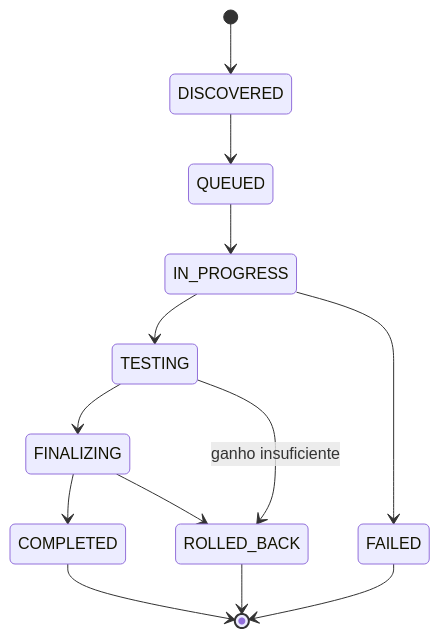
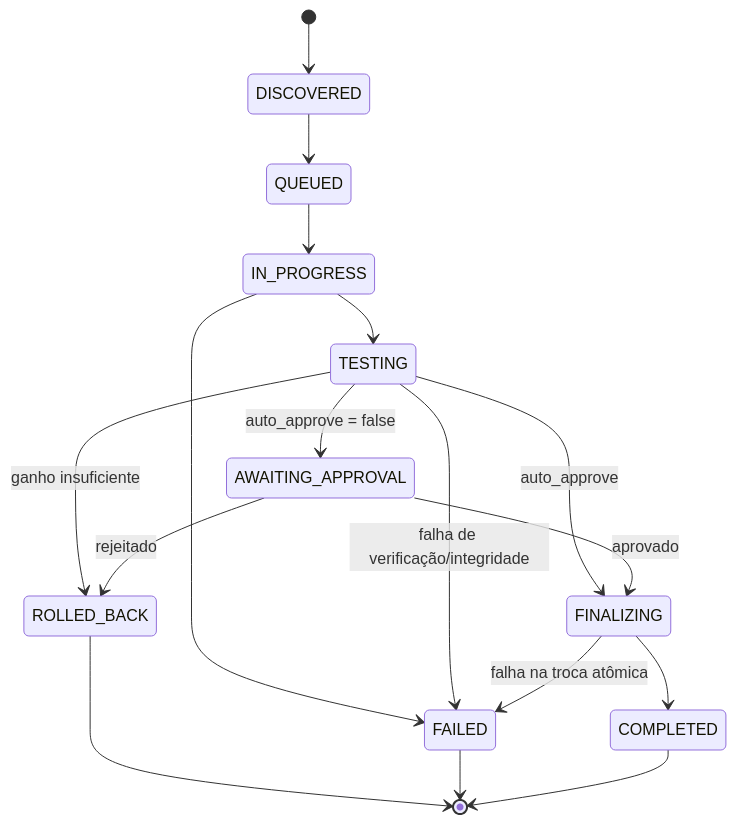
One commit to FM0Ura/CodecAny changed the diagram in README.md. Above: the diagram before and after it, drawn with Mermaid. The commit also changed other lines of this file and 1 other file, not shown here.

````diff
--- a/README.md
+++ b/README.md
@@ -125,15 +208,19 @@
 ```mermaid
 stateDiagram-v2
     [*] --> DISCOVERED
     DISCOVERED --> QUEUED
     QUEUED --> IN_PROGRESS
     IN_PROGRESS --> TESTING
-    TESTING --> FINALIZING
+    IN_PROGRESS --> FAILED
+    TESTING --> FAILED : falha de verificação/integridade
+    TESTING --> ROLLED_BACK : ganho insuficiente
+    TESTING --> FINALIZING : auto_approve
+    TESTING --> AWAITING_APPROVAL : auto_approve = false
     FINALIZING --> COMPLETED
-    TESTING --> ROLLED_BACK : ganho insuficiente
-    IN_PROGRESS --> FAILED
-    FINALIZING --> ROLLED_BACK
+    FINALIZING --> FAILED : falha na troca atômica
+    AWAITING_APPROVAL --> FINALIZING : aprovado
+    AWAITING_APPROVAL --> ROLLED_BACK : rejeitado
     ROLLED_BACK --> [*]
     FAILED --> [*]
     COMPLETED --> [*]
 ```
````
